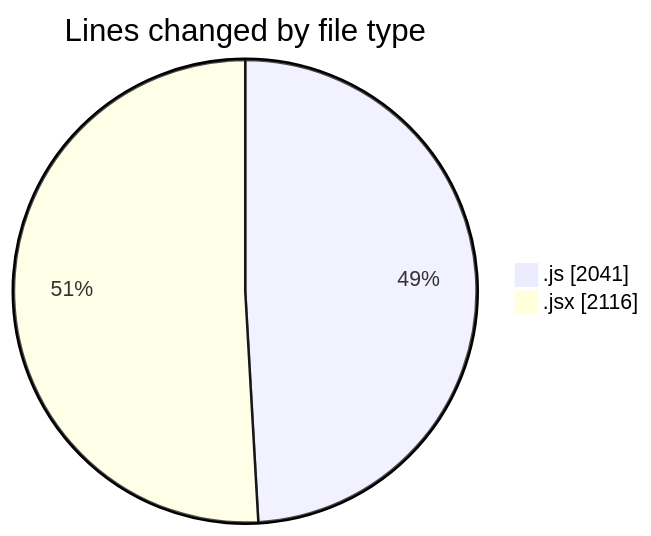
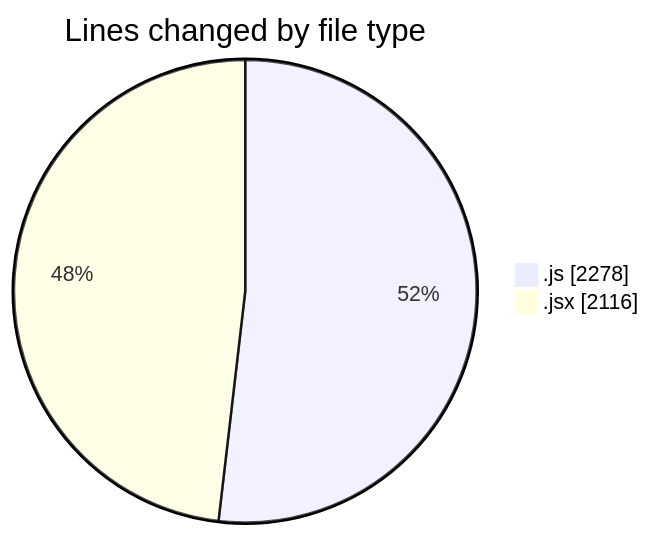
One commit to nxtqubesakshisongat/code-tracking changed the first of 2 diagrams in 2025-09-01/nxtqube_webapp/README.md. Above: the diagram before and after it, drawn with Mermaid. The commit also changed other lines of this file and 1 other file, not shown here.

````diff
--- a/2025-09-01/nxtqube_webapp/README.md
+++ b/2025-09-01/nxtqube_webapp/README.md
@@ -25,6 +25,6 @@
 ```mermaid
 pie showData
 title Lines changed by file type
-".js" : 2041
+".js" : 2278
 ".jsx" : 2116
 ```
````
